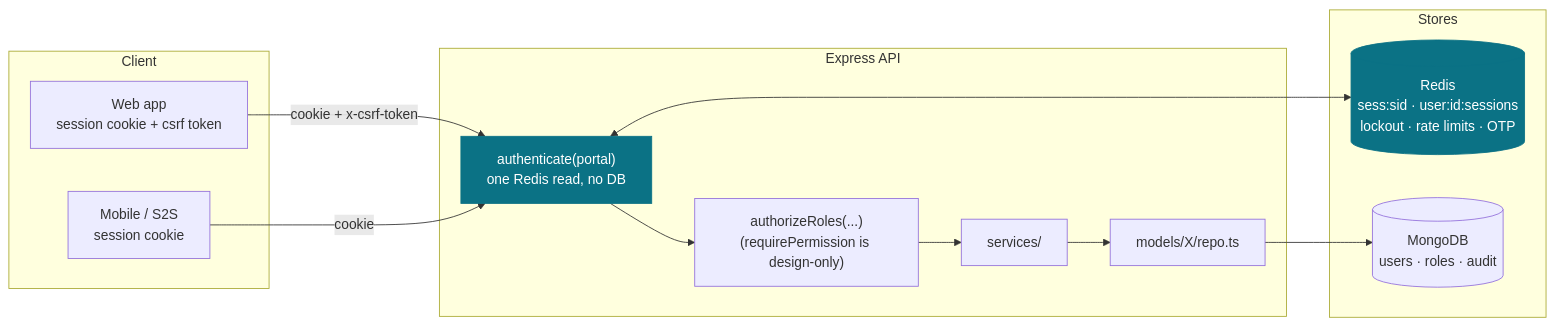
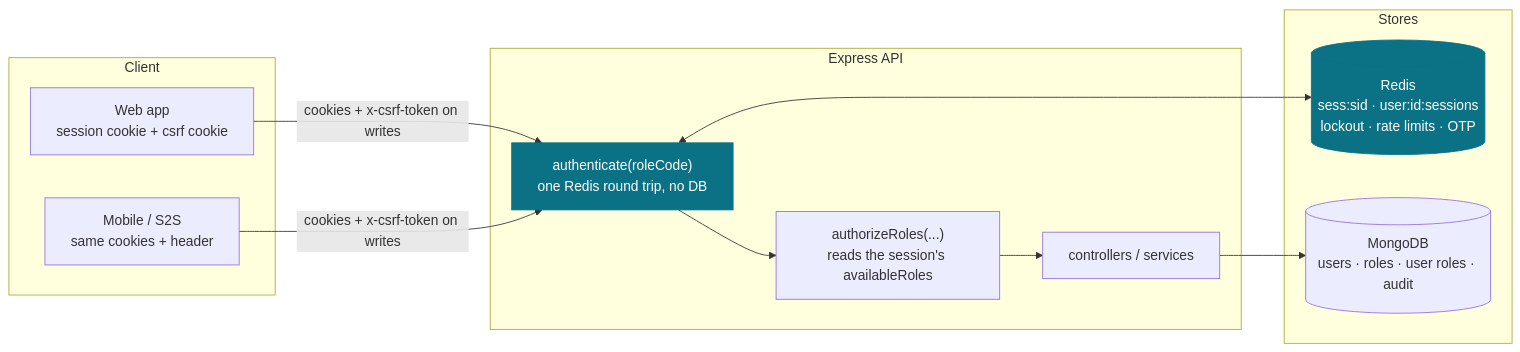
The first of 2 diagrams in docs/modules/auth/README.md (sufyan-devs/init-server-nodejs), drawn with Mermaid before and after one commit. The commit also changed other lines of this file and 136 other files, not shown here.

````diff
--- a/docs/modules/auth/README.md
+++ b/docs/modules/auth/README.md
@@ -28,27 +28,26 @@
 ```mermaid
 flowchart LR
   subgraph Client
-    W["Web app<br/>session cookie + csrf token"]
-    M["Mobile / S2S<br/>session cookie"]
+    W["Web app<br/>session cookie + csrf cookie"]
+    M["Mobile / S2S<br/>same cookies + header"]
   end
 
   subgraph API["Express API"]
-    AUTHN["authenticate(portal)<br/>one Redis read, no DB"]
-    AUTHZ["authorizeRoles(...)<br/>(requirePermission is design-only)"]
-    SVC["services/"]
-    REPO["models/X/repo.ts"]
+    AUTHN["authenticate(roleCode)<br/>one Redis round trip, no DB"]
+    AUTHZ["authorizeRoles(...)<br/>reads the session's availableRoles"]
+    SVC["controllers / services"]
   end
 
   subgraph Stores
     R[("Redis<br/>sess:sid · user:id:sessions<br/>lockout · rate limits · OTP")]
-    P[("MongoDB<br/>users · roles · audit")]
+    P[("MongoDB<br/>users · roles · user roles · audit")]
   end
 
-  W -- "cookie + x-csrf-token" --> AUTHN
-  M -- "cookie" --> AUTHN
+  W -- "cookies + x-csrf-token on writes" --> AUTHN
+  M -- "cookies + x-csrf-token on writes" --> AUTHN
   AUTHN <--> R
-  AUTHN --> AUTHZ --> SVC --> REPO --> P
+  AUTHN --> AUTHZ --> SVC --> P
 
   classDef hot fill:#0b7285,stroke:#0b7285,color:#fff
   class AUTHN,R hot
 ```
````
